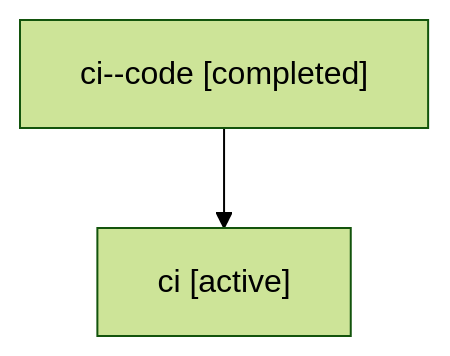
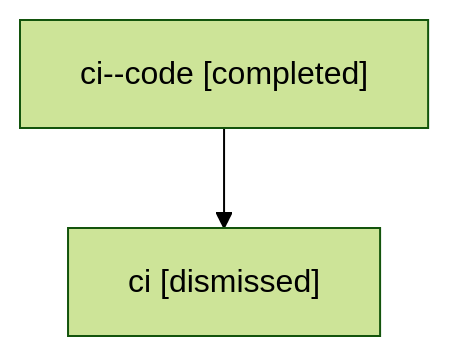
The diagram in sessions/bbugyi200.athena.ci.md (bobs-org/bob-cli--agents), drawn with Mermaid (forest theme) before and after one commit. The commit also changed other lines of this file and 13 other files, not shown here.

````diff
--- a/sessions/bbugyi200.athena.ci.md
+++ b/sessions/bbugyi200.athena.ci.md
@@ -9,6 +9,6 @@
 ```mermaid
 flowchart TD
   n0["ci--code [completed]"]
-  n1["ci [active]"]
+  n1["ci [dismissed]"]
   n0 --> n1
 ```
````
